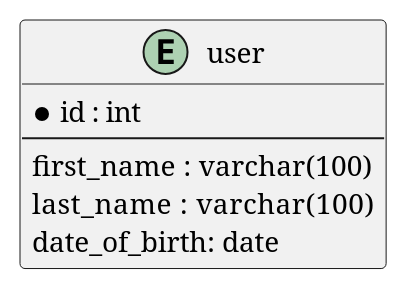
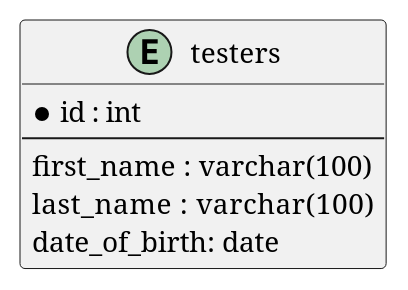
One commit to Jaafar91/UML-to-DB-to-API changed the diagram in examples/example1/example1.plantuml. Above: the diagram before and after it, drawn with PlantUML. The commit also changed 13 other files, not shown here.

```diff
--- a/examples/example1/example1.plantuml
+++ b/examples/example1/example1.plantuml
@@ -1,9 +1,9 @@
 @startuml
-entity user{
+entity testers{
   *id : int
   --
   first_name :   varchar(100)
   last_name :    varchar(100)
   date_of_birth: date
 }
 @enduml
```
